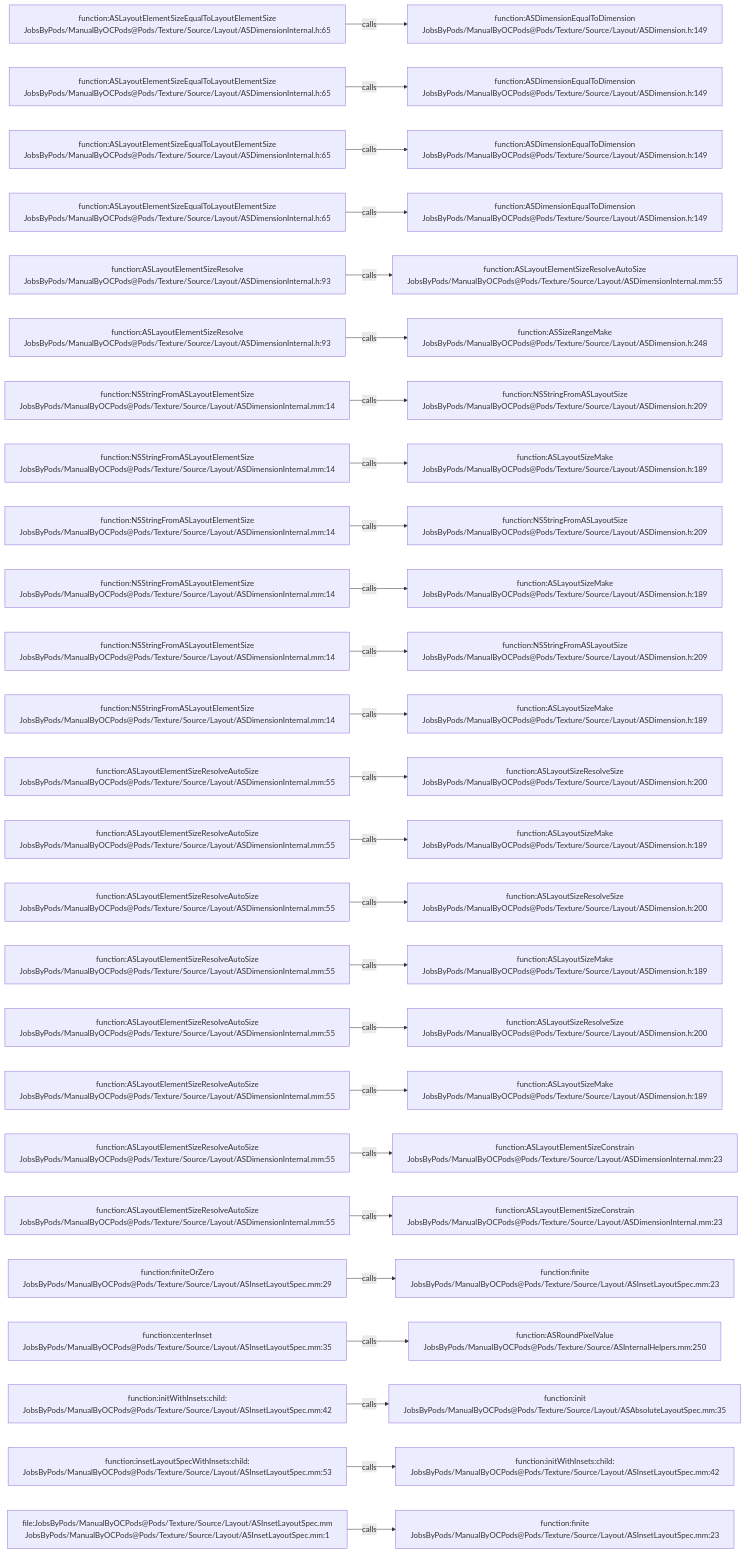
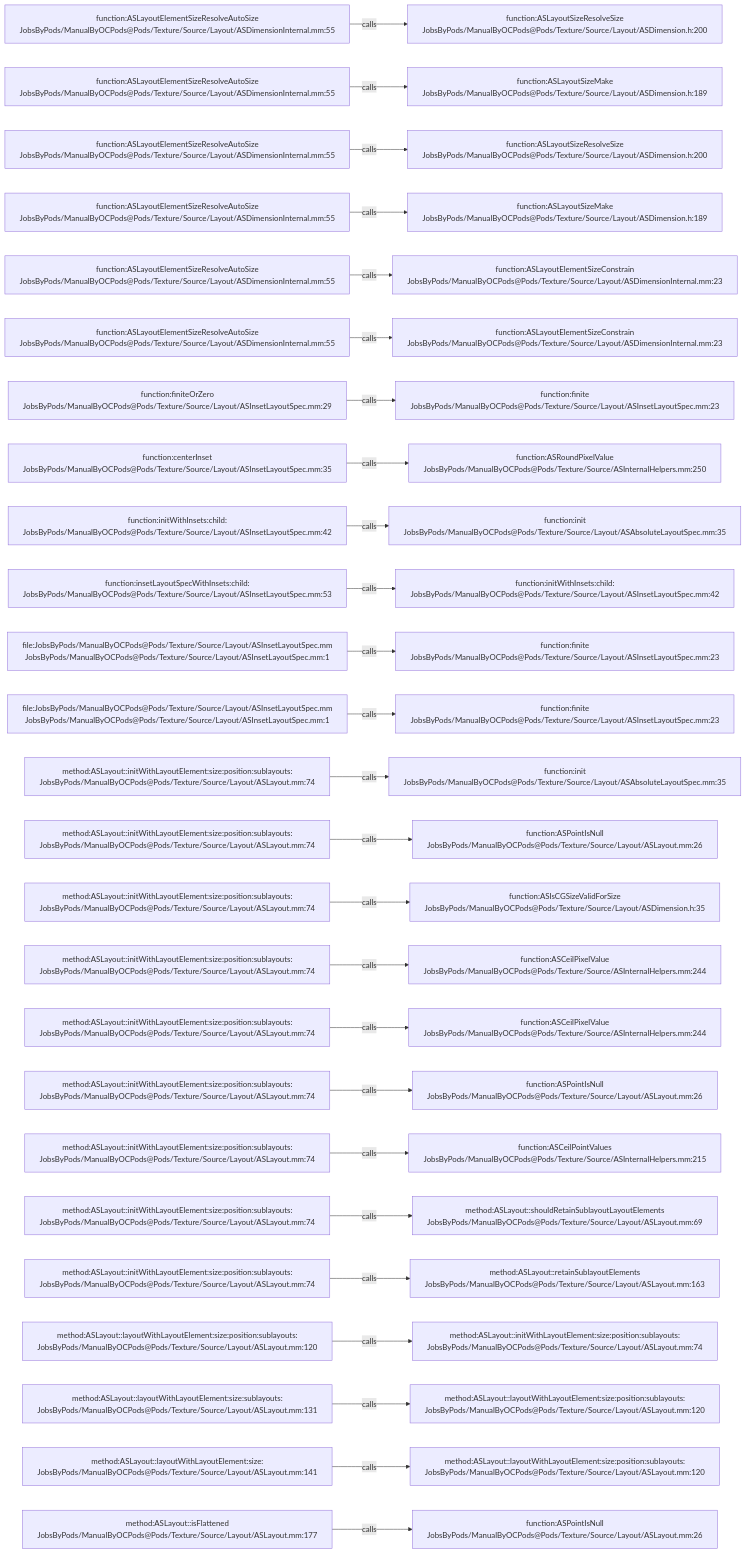
One commit to JobsKits/JobsOCBaseConfigDemo changed the diagram in .codegraph/codegraph.md/graphs/calls-179.md. Above: the diagram before and after it, drawn with Mermaid. The commit also changed 296 other files, not shown here.

````diff
--- a/.codegraph/codegraph.md/graphs/calls-179.md
+++ b/.codegraph/codegraph.md/graphs/calls-179.md
@@ -13,78 +13,78 @@
 ```mermaid
 flowchart LR
-  S1["function:ASLayoutElementSizeEqualToLayoutElementSize<br/>JobsByPods/ManualByOCPods@Pods/Texture/Source/Layout/ASDimensionInternal.h:65"]
-  T1["function:ASDimensionEqualToDimension<br/>JobsByPods/ManualByOCPods@Pods/Texture/Source/Layout/ASDimension.h:149"]
+  S1["function:ASLayoutElementSizeResolveAutoSize<br/>JobsByPods/ManualByOCPods@Pods/Texture/Source/Layout/ASDimensionInternal.mm:55"]
+  T1["function:ASLayoutSizeResolveSize<br/>JobsByPods/ManualByOCPods@Pods/Texture/Source/Layout/ASDimension.h:200"]
   S1 -->|calls| T1
-  S2["function:ASLayoutElementSizeEqualToLayoutElementSize<br/>JobsByPods/ManualByOCPods@Pods/Texture/Source/Layout/ASDimensionInternal.h:65"]
-  T2["function:ASDimensionEqualToDimension<br/>JobsByPods/ManualByOCPods@Pods/Texture/Source/Layout/ASDimension.h:149"]
+  S2["function:ASLayoutElementSizeResolveAutoSize<br/>JobsByPods/ManualByOCPods@Pods/Texture/Source/Layout/ASDimensionInternal.mm:55"]
+  T2["function:ASLayoutSizeMake<br/>JobsByPods/ManualByOCPods@Pods/Texture/Source/Layout/ASDimension.h:189"]
   S2 -->|calls| T2
-  S3["function:ASLayoutElementSizeEqualToLayoutElementSize<br/>JobsByPods/ManualByOCPods@Pods/Texture/Source/Layout/ASDimensionInternal.h:65"]
-  T3["function:ASDimensionEqualToDimension<br/>JobsByPods/ManualByOCPods@Pods/Texture/Source/Layout/ASDimension.h:149"]
+  S3["function:ASLayoutElementSizeResolveAutoSize<br/>JobsByPods/ManualByOCPods@Pods/Texture/Source/Layout/ASDimensionInternal.mm:55"]
+  T3["function:ASLayoutSizeResolveSize<br/>JobsByPods/ManualByOCPods@Pods/Texture/Source/Layout/ASDimension.h:200"]
   S3 -->|calls| T3
-  S4["function:ASLayoutElementSizeEqualToLayoutElementSize<br/>JobsByPods/ManualByOCPods@Pods/Texture/Source/Layout/ASDimensionInternal.h:65"]
-  T4["function:ASDimensionEqualToDimension<br/>JobsByPods/ManualByOCPods@Pods/Texture/Source/Layout/ASDimension.h:149"]
+  S4["function:ASLayoutElementSizeResolveAutoSize<br/>JobsByPods/ManualByOCPods@Pods/Texture/Source/Layout/ASDimensionInternal.mm:55"]
+  T4["function:ASLayoutSizeMake<br/>JobsByPods/ManualByOCPods@Pods/Texture/Source/Layout/ASDimension.h:189"]
   S4 -->|calls| T4
-  S5["function:ASLayoutElementSizeResolve<br/>JobsByPods/ManualByOCPods@Pods/Texture/Source/Layout/ASDimensionInternal.h:93"]
-  T5["function:ASLayoutElementSizeResolveAutoSize<br/>JobsByPods/ManualByOCPods@Pods/Texture/Source/Layout/ASDimensionInternal.mm:55"]
+  S5["function:ASLayoutElementSizeResolveAutoSize<br/>JobsByPods/ManualByOCPods@Pods/Texture/Source/Layout/ASDimensionInternal.mm:55"]
+  T5["function:ASLayoutElementSizeConstrain<br/>JobsByPods/ManualByOCPods@Pods/Texture/Source/Layout/ASDimensionInternal.mm:23"]
   S5 -->|calls| T5
-  S6["function:ASLayoutElementSizeResolve<br/>JobsByPods/ManualByOCPods@Pods/Texture/Source/Layout/ASDimensionInternal.h:93"]
-  T6["function:ASSizeRangeMake<br/>JobsByPods/ManualByOCPods@Pods/Texture/Source/Layout/ASDimension.h:248"]
+  S6["function:ASLayoutElementSizeResolveAutoSize<br/>JobsByPods/ManualByOCPods@Pods/Texture/Source/Layout/ASDimensionInternal.mm:55"]
+  T6["function:ASLayoutElementSizeConstrain<br/>JobsByPods/ManualByOCPods@Pods/Texture/Source/Layout/ASDimensionInternal.mm:23"]
   S6 -->|calls| T6
-  S7["function:NSStringFromASLayoutElementSize<br/>JobsByPods/ManualByOCPods@Pods/Texture/Source/Layout/ASDimensionInternal.mm:14"]
-  T7["function:NSStringFromASLayoutSize<br/>JobsByPods/ManualByOCPods@Pods/Texture/Source/Layout/ASDimension.h:209"]
+  S7["function:finiteOrZero<br/>JobsByPods/ManualByOCPods@Pods/Texture/Source/Layout/ASInsetLayoutSpec.mm:29"]
+  T7["function:finite<br/>JobsByPods/ManualByOCPods@Pods/Texture/Source/Layout/ASInsetLayoutSpec.mm:23"]
   S7 -->|calls| T7
-  S8["function:NSStringFromASLayoutElementSize<br/>JobsByPods/ManualByOCPods@Pods/Texture/Source/Layout/ASDimensionInternal.mm:14"]
-  T8["function:ASLayoutSizeMake<br/>JobsByPods/ManualByOCPods@Pods/Texture/Source/Layout/ASDimension.h:189"]
+  S8["function:centerInset<br/>JobsByPods/ManualByOCPods@Pods/Texture/Source/Layout/ASInsetLayoutSpec.mm:35"]
+  T8["function:ASRoundPixelValue<br/>JobsByPods/ManualByOCPods@Pods/Texture/Source/ASInternalHelpers.mm:250"]
   S8 -->|calls| T8
-  S9["function:NSStringFromASLayoutElementSize<br/>JobsByPods/ManualByOCPods@Pods/Texture/Source/Layout/ASDimensionInternal.mm:14"]
-  T9["function:NSStringFromASLayoutSize<br/>JobsByPods/ManualByOCPods@Pods/Texture/Source/Layout/ASDimension.h:209"]
+  S9["function:initWithInsets:child:<br/>JobsByPods/ManualByOCPods@Pods/Texture/Source/Layout/ASInsetLayoutSpec.mm:42"]
+  T9["function:init<br/>JobsByPods/ManualByOCPods@Pods/Texture/Source/Layout/ASAbsoluteLayoutSpec.mm:35"]
   S9 -->|calls| T9
-  S10["function:NSStringFromASLayoutElementSize<br/>JobsByPods/ManualByOCPods@Pods/Texture/Source/Layout/ASDimensionInternal.mm:14"]
-  T10["function:ASLayoutSizeMake<br/>JobsByPods/ManualByOCPods@Pods/Texture/Source/Layout/ASDimension.h:189"]
+  S10["function:insetLayoutSpecWithInsets:child:<br/>JobsByPods/ManualByOCPods@Pods/Texture/Source/Layout/ASInsetLayoutSpec.mm:53"]
+  T10["function:initWithInsets:child:<br/>JobsByPods/ManualByOCPods@Pods/Texture/Source/Layout/ASInsetLayoutSpec.mm:42"]
   S10 -->|calls| T10
-  S11["function:NSStringFromASLayoutElementSize<br/>JobsByPods/ManualByOCPods@Pods/Texture/Source/Layout/ASDimensionInternal.mm:14"]
-  T11["function:NSStringFromASLayoutSize<br/>JobsByPods/ManualByOCPods@Pods/Texture/Source/Layout/ASDimension.h:209"]
+  S11["file:JobsByPods/ManualByOCPods@Pods/Texture/Source/Layout/ASInsetLayoutSpec.mm<br/>JobsByPods/ManualByOCPods@Pods/Texture/Source/Layout/ASInsetLayoutSpec.mm:1"]
+  T11["function:finite<br/>JobsByPods/ManualByOCPods@Pods/Texture/Source/Layout/ASInsetLayoutSpec.mm:23"]
   S11 -->|calls| T11
-  S12["function:NSStringFromASLayoutElementSize<br/>JobsByPods/ManualByOCPods@Pods/Texture/Source/Layout/ASDimensionInternal.mm:14"]
-  T12["function:ASLayoutSizeMake<br/>JobsByPods/ManualByOCPods@Pods/Texture/Source/Layout/ASDimension.h:189"]
+  S12["file:JobsByPods/ManualByOCPods@Pods/Texture/Source/Layout/ASInsetLayoutSpec.mm<br/>JobsByPods/ManualByOCPods@Pods/Texture/Source/Layout/ASInsetLayoutSpec.mm:1"]
+  T12["function:finite<br/>JobsByPods/ManualByOCPods@Pods/Texture/Source/Layout/ASInsetLayoutSpec.mm:23"]
   S12 -->|calls| T12
-  S13["function:ASLayoutElementSizeResolveAutoSize<br/>JobsByPods/ManualByOCPods@Pods/Texture/Source/Layout/ASDimensionInternal.mm:55"]
-  T13["function:ASLayoutSizeResolveSize<br/>JobsByPods/ManualByOCPods@Pods/Texture/Source/Layout/ASDimension.h:200"]
+  S13["method:ASLayout::initWithLayoutElement:size:position:sublayouts:<br/>JobsByPods/ManualByOCPods@Pods/Texture/Source/Layout/ASLayout.mm:74"]
+  T13["function:init<br/>JobsByPods/ManualByOCPods@Pods/Texture/Source/Layout/ASAbsoluteLayoutSpec.mm:35"]
   S13 -->|calls| T13
-  S14["function:ASLayoutElementSizeResolveAutoSize<br/>JobsByPods/ManualByOCPods@Pods/Texture/Source/Layout/ASDimensionInternal.mm:55"]
-  T14["function:ASLayoutSizeMake<br/>JobsByPods/ManualByOCPods@Pods/Texture/Source/Layout/ASDimension.h:189"]
+  S14["method:ASLayout::initWithLayoutElement:size:position:sublayouts:<br/>JobsByPods/ManualByOCPods@Pods/Texture/Source/Layout/ASLayout.mm:74"]
+  T14["function:ASPointIsNull<br/>JobsByPods/ManualByOCPods@Pods/Texture/Source/Layout/ASLayout.mm:26"]
   S14 -->|calls| T14
-  S15["function:ASLayoutElementSizeResolveAutoSize<br/>JobsByPods/ManualByOCPods@Pods/Texture/Source/Layout/ASDimensionInternal.mm:55"]
-  T15["function:ASLayoutSizeResolveSize<br/>JobsByPods/ManualByOCPods@Pods/Texture/Source/Layout/ASDimension.h:200"]
+  S15["method:ASLayout::initWithLayoutElement:size:position:sublayouts:<br/>JobsByPods/ManualByOCPods@Pods/Texture/Source/Layout/ASLayout.mm:74"]
+  T15["function:ASIsCGSizeValidForSize<br/>JobsByPods/ManualByOCPods@Pods/Texture/Source/Layout/ASDimension.h:35"]
   S15 -->|calls| T15
-  S16["function:ASLayoutElementSizeResolveAutoSize<br/>JobsByPods/ManualByOCPods@Pods/Texture/Source/Layout/ASDimensionInternal.mm:55"]
-  T16["function:ASLayoutSizeMake<br/>JobsByPods/ManualByOCPods@Pods/Texture/Source/Layout/ASDimension.h:189"]
+  S16["method:ASLayout::initWithLayoutElement:size:position:sublayouts:<br/>JobsByPods/ManualByOCPods@Pods/Texture/Source/Layout/ASLayout.mm:74"]
+  T16["function:ASCeilPixelValue<br/>JobsByPods/ManualByOCPods@Pods/Texture/Source/ASInternalHelpers.mm:244"]
   S16 -->|calls| T16
-  S17["function:ASLayoutElementSizeResolveAutoSize<br/>JobsByPods/ManualByOCPods@Pods/Texture/Source/Layout/ASDimensionInternal.mm:55"]
-  T17["function:ASLayoutSizeResolveSize<br/>JobsByPods/ManualByOCPods@Pods/Texture/Source/Layout/ASDimension.h:200"]
+  S17["method:ASLayout::initWithLayoutElement:size:position:sublayouts:<br/>JobsByPods/ManualByOCPods@Pods/Texture/Source/Layout/ASLayout.mm:74"]
+  T17["function:ASCeilPixelValue<br/>JobsByPods/ManualByOCPods@Pods/Texture/Source/ASInternalHelpers.mm:244"]
   S17 -->|calls| T17
-  S18["function:ASLayoutElementSizeResolveAutoSize<br/>JobsByPods/ManualByOCPods@Pods/Texture/Source/Layout/ASDimensionInternal.mm:55"]
-  T18["function:ASLayoutSizeMake<br/>JobsByPods/ManualByOCPods@Pods/Texture/Source/Layout/ASDimension.h:189"]
+  S18["method:ASLayout::initWithLayoutElement:size:position:sublayouts:<br/>JobsByPods/ManualByOCPods@Pods/Texture/Source/Layout/ASLayout.mm:74"]
+  T18["function:ASPointIsNull<br/>JobsByPods/ManualByOCPods@Pods/Texture/Source/Layout/ASLayout.mm:26"]
   S18 -->|calls| T18
-  S19["function:ASLayoutElementSizeResolveAutoSize<br/>JobsByPods/ManualByOCPods@Pods/Texture/Source/Layout/ASDimensionInternal.mm:55"]
-  T19["function:ASLayoutElementSizeConstrain<br/>JobsByPods/ManualByOCPods@Pods/Texture/Source/Layout/ASDimensionInternal.mm:23"]
+  S19["method:ASLayout::initWithLayoutElement:size:position:sublayouts:<br/>JobsByPods/ManualByOCPods@Pods/Texture/Source/Layout/ASLayout.mm:74"]
+  T19["function:ASCeilPointValues<br/>JobsByPods/ManualByOCPods@Pods/Texture/Source/ASInternalHelpers.mm:215"]
   S19 -->|calls| T19
-  S20["function:ASLayoutElementSizeResolveAutoSize<br/>JobsByPods/ManualByOCPods@Pods/Texture/Source/Layout/ASDimensionInternal.mm:55"]
-  T20["function:ASLayoutElementSizeConstrain<br/>JobsByPods/ManualByOCPods@Pods/Texture/Source/Layout/ASDimensionInternal.mm:23"]
+  S20["method:ASLayout::initWithLayoutElement:size:position:sublayouts:<br/>JobsByPods/ManualByOCPods@Pods/Texture/Source/Layout/ASLayout.mm:74"]
+  T20["method:ASLayout::shouldRetainSublayoutLayoutElements<br/>JobsByPods/ManualByOCPods@Pods/Texture/Source/Layout/ASLayout.mm:69"]
   S20 -->|calls| T20
-  S21["function:finiteOrZero<br/>JobsByPods/ManualByOCPods@Pods/Texture/Source/Layout/ASInsetLayoutSpec.mm:29"]
-  T21["function:finite<br/>JobsByPods/ManualByOCPods@Pods/Texture/Source/Layout/ASInsetLayoutSpec.mm:23"]
+  S21["method:ASLayout::initWithLayoutElement:size:position:sublayouts:<br/>JobsByPods/ManualByOCPods@Pods/Texture/Source/Layout/ASLayout.mm:74"]
+  T21["method:ASLayout::retainSublayoutElements<br/>JobsByPods/ManualByOCPods@Pods/Texture/Source/Layout/ASLayout.mm:163"]
   S21 -->|calls| T21
-  S22["function:centerInset<br/>JobsByPods/ManualByOCPods@Pods/Texture/Source/Layout/ASInsetLayoutSpec.mm:35"]
-  T22["function:ASRoundPixelValue<br/>JobsByPods/ManualByOCPods@Pods/Texture/Source/ASInternalHelpers.mm:250"]
+  S22["method:ASLayout::layoutWithLayoutElement:size:position:sublayouts:<br/>JobsByPods/ManualByOCPods@Pods/Texture/Source/Layout/ASLayout.mm:120"]
+  T22["method:ASLayout::initWithLayoutElement:size:position:sublayouts:<br/>JobsByPods/ManualByOCPods@Pods/Texture/Source/Layout/ASLayout.mm:74"]
   S22 -->|calls| T22
-  S23["function:initWithInsets:child:<br/>JobsByPods/ManualByOCPods@Pods/Texture/Source/Layout/ASInsetLayoutSpec.mm:42"]
-  T23["function:init<br/>JobsByPods/ManualByOCPods@Pods/Texture/Source/Layout/ASAbsoluteLayoutSpec.mm:35"]
+  S23["method:ASLayout::layoutWithLayoutElement:size:sublayouts:<br/>JobsByPods/ManualByOCPods@Pods/Texture/Source/Layout/ASLayout.mm:131"]
+  T23["method:ASLayout::layoutWithLayoutElement:size:position:sublayouts:<br/>JobsByPods/ManualByOCPods@Pods/Texture/Source/Layout/ASLayout.mm:120"]
   S23 -->|calls| T23
-  S24["function:insetLayoutSpecWithInsets:child:<br/>JobsByPods/ManualByOCPods@Pods/Texture/Source/Layout/ASInsetLayoutSpec.mm:53"]
-  T24["function:initWithInsets:child:<br/>JobsByPods/ManualByOCPods@Pods/Texture/Source/Layout/ASInsetLayoutSpec.mm:42"]
+  S24["method:ASLayout::layoutWithLayoutElement:size:<br/>JobsByPods/ManualByOCPods@Pods/Texture/Source/Layout/ASLayout.mm:141"]
+  T24["method:ASLayout::layoutWithLayoutElement:size:position:sublayouts:<br/>JobsByPods/ManualByOCPods@Pods/Texture/Source/Layout/ASLayout.mm:120"]
   S24 -->|calls| T24
-  S25["file:JobsByPods/ManualByOCPods@Pods/Texture/Source/Layout/ASInsetLayoutSpec.mm<br/>JobsByPods/ManualByOCPods@Pods/Texture/Source/Layout/ASInsetLayoutSpec.mm:1"]
-  T25["function:finite<br/>JobsByPods/ManualByOCPods@Pods/Texture/Source/Layout/ASInsetLayoutSpec.mm:23"]
+  S25["method:ASLayout::isFlattened<br/>JobsByPods/ManualByOCPods@Pods/Texture/Source/Layout/ASLayout.mm:177"]
+  T25["function:ASPointIsNull<br/>JobsByPods/ManualByOCPods@Pods/Texture/Source/Layout/ASLayout.mm:26"]
   S25 -->|calls| T25
 ```
````
